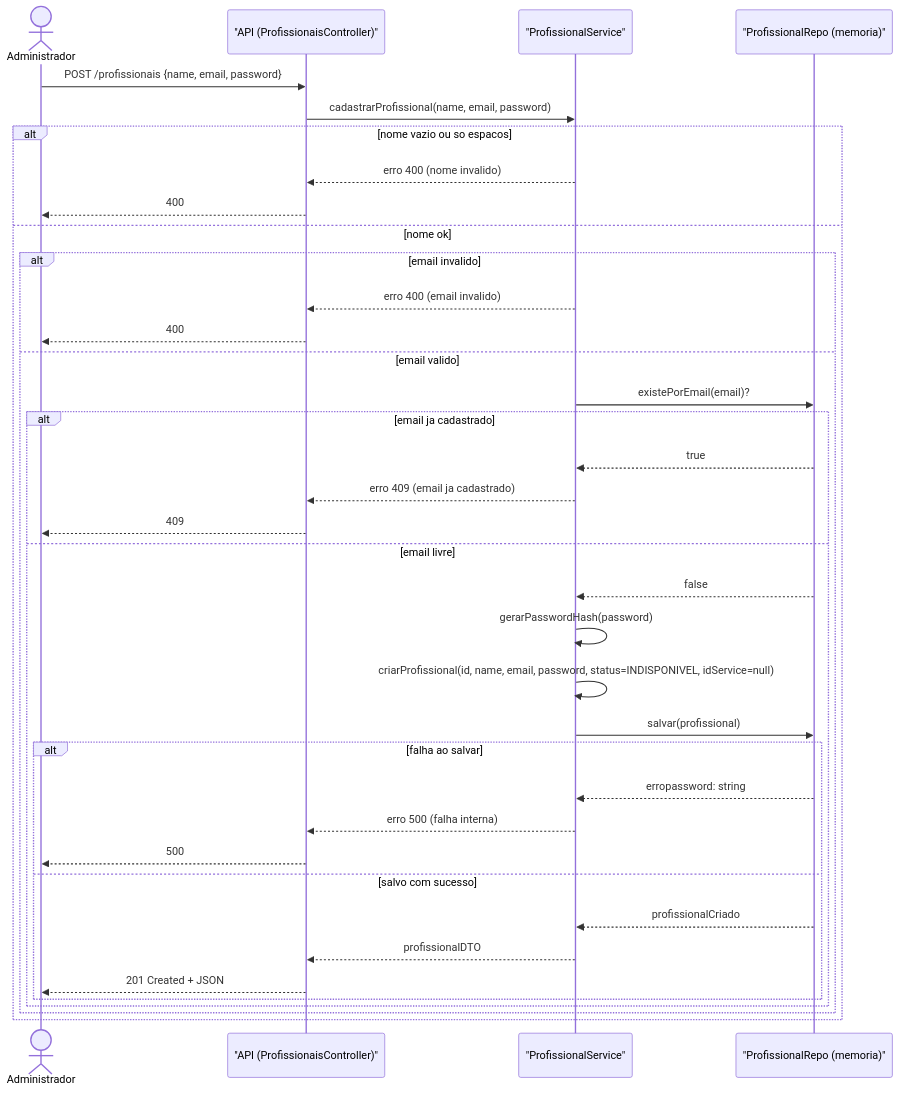
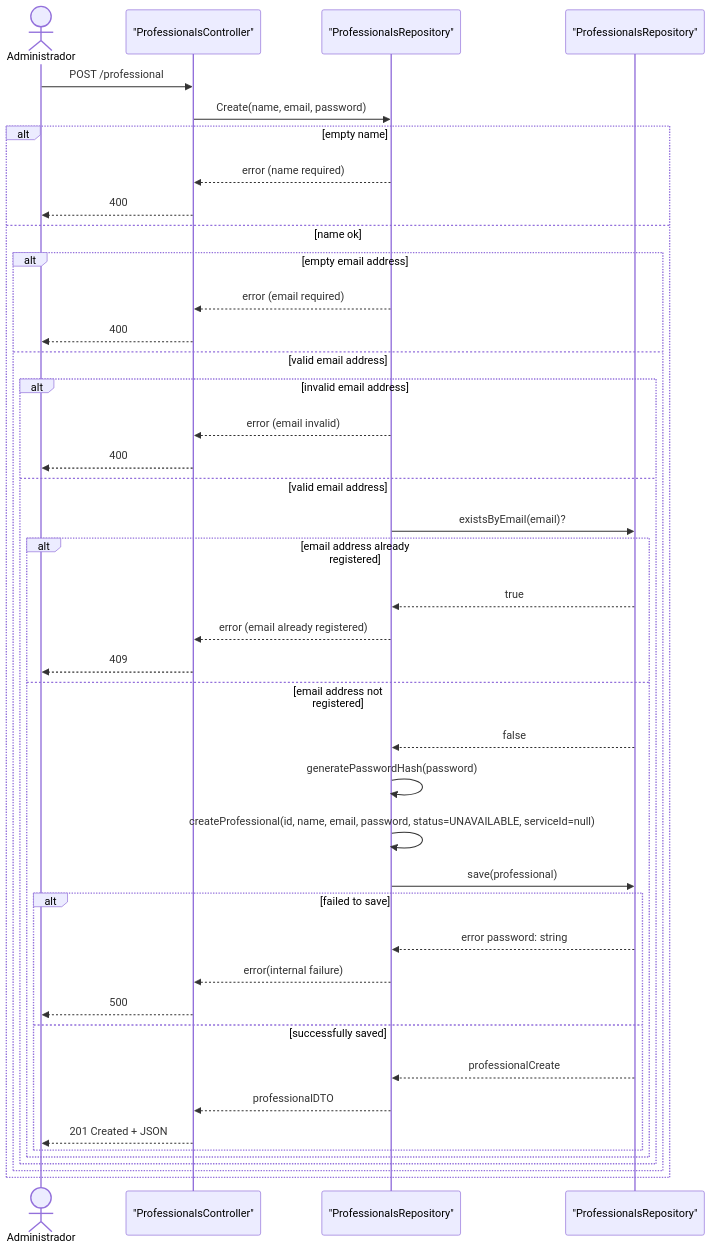
One commit to IsabelaSiqueira1/systemPDI changed the fourth of 11 diagrams in docs/sequence_diagram.md. Above: the diagram before and after it, drawn with Mermaid. The commit also changed 7 other files, not shown here.

Commit message:
feat: add professional and service management endpoints with Swagger documentation

````diff
--- a/docs/sequence_diagram.md
+++ b/docs/sequence_diagram.md
@@ -331,46 +331,51 @@
 ```mermaid
-
 sequenceDiagram
     actor Admin as Administrador
-    participant API as "API (ProfissionaisController)"
-    participant SVC as "ProfissionalService"
-    participant Repo as "ProfissionalRepo (memoria)"
+    participant API as "ProfessionalsController"
+    participant SVC as "ProfessionalsRepository"
+    participant Repo as "ProfessionalsRepository"
 
-    Admin->>API: POST /profissionais {name, email, password}
-    API->>SVC: cadastrarProfissional(name, email, password)
+    Admin->>API: POST /professional
+    API->>SVC: Create(name, email, password)
 
-    alt nome vazio ou so espacos
-        SVC-->>API: erro 400 (nome invalido)
+    alt empty name
+        SVC-->>API: error (name required)
         API-->>Admin: 400
-    else nome ok
+    else name ok
 
-        alt email invalido
-            SVC-->>API: erro 400 (email invalido)
+        alt empty email address
+            SVC-->>API: error (email required)
             API-->>Admin: 400
-        else email valido
+        else valid email address
 
-            SVC->>Repo: existePorEmail(email)?
-            alt email ja cadastrado
-                Repo-->>SVC: true
-                SVC-->>API: erro 409 (email ja cadastrado)
-                API-->>Admin: 409
-            else email livre
-                Repo-->>SVC: false
+            alt invalid email address
+                SVC-->>API: error (email invalid)
+                API-->>Admin: 400
+            else valid email address
 
-                SVC->>SVC: gerarPasswordHash(password)
-                SVC->>SVC: criarProfissional(id, name, email, password, status=INDISPONIVEL, idService=null)
+                SVC->>Repo: existsByEmail(email)?
+                alt email address already registered
+                    Repo-->>SVC: true
+                    SVC-->>API: error (email already registered)
+                    API-->>Admin: 409
+                else email address not registered
+                    Repo-->>SVC: false
 
-                SVC->>Repo: salvar(profissional)
-                alt falha ao salvar
-                    Repo-->>SVC: erropassword: string
-                    SVC-->>API: erro 500 (falha interna)
-                    API-->>Admin: 500
-                else salvo com sucesso
-                    Repo-->>SVC: profissionalCriado
-                    SVC-->>API: profissionalDTO
-                    API-->>Admin: 201 Created + JSON
+                    SVC->>SVC: generatePasswordHash(password)
+                    SVC->>SVC: createProfessional(id, name, email, password, status=UNAVAILABLE, serviceId=null)
+
+                    SVC->>Repo: save(professional)
+                    alt failed to save
+                        Repo-->>SVC: error password: string
+                        SVC-->>API: error(internal failure)
+                        API-->>Admin: 500
+                    else successfully saved
+                        Repo-->>SVC: professionalCreate
+                        SVC-->>API: professionalDTO
+                        API-->>Admin: 201 Created + JSON
+                    end
                 end
             end
         end
     end
 ```
````
